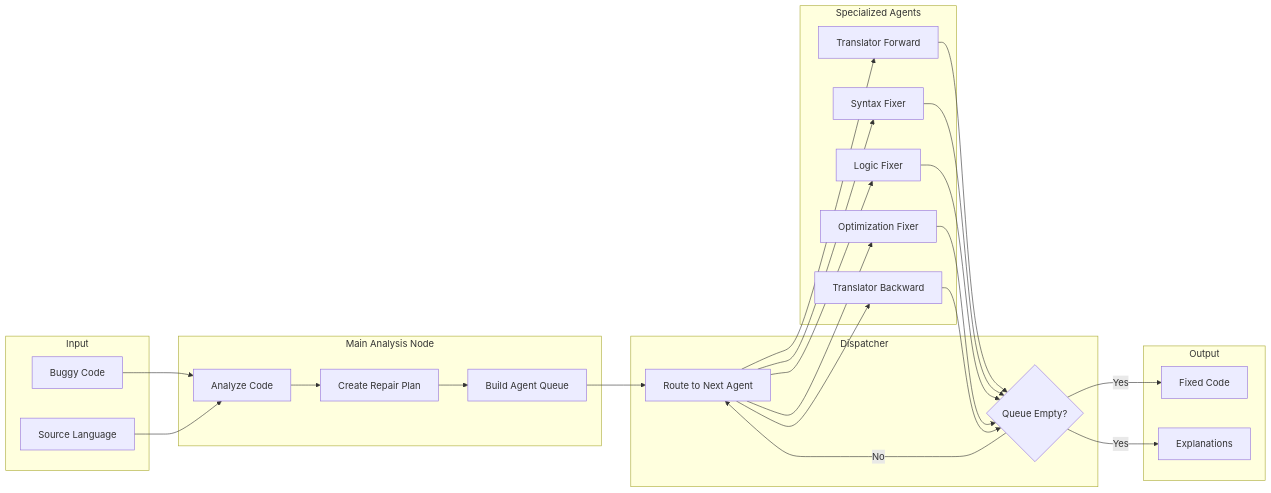
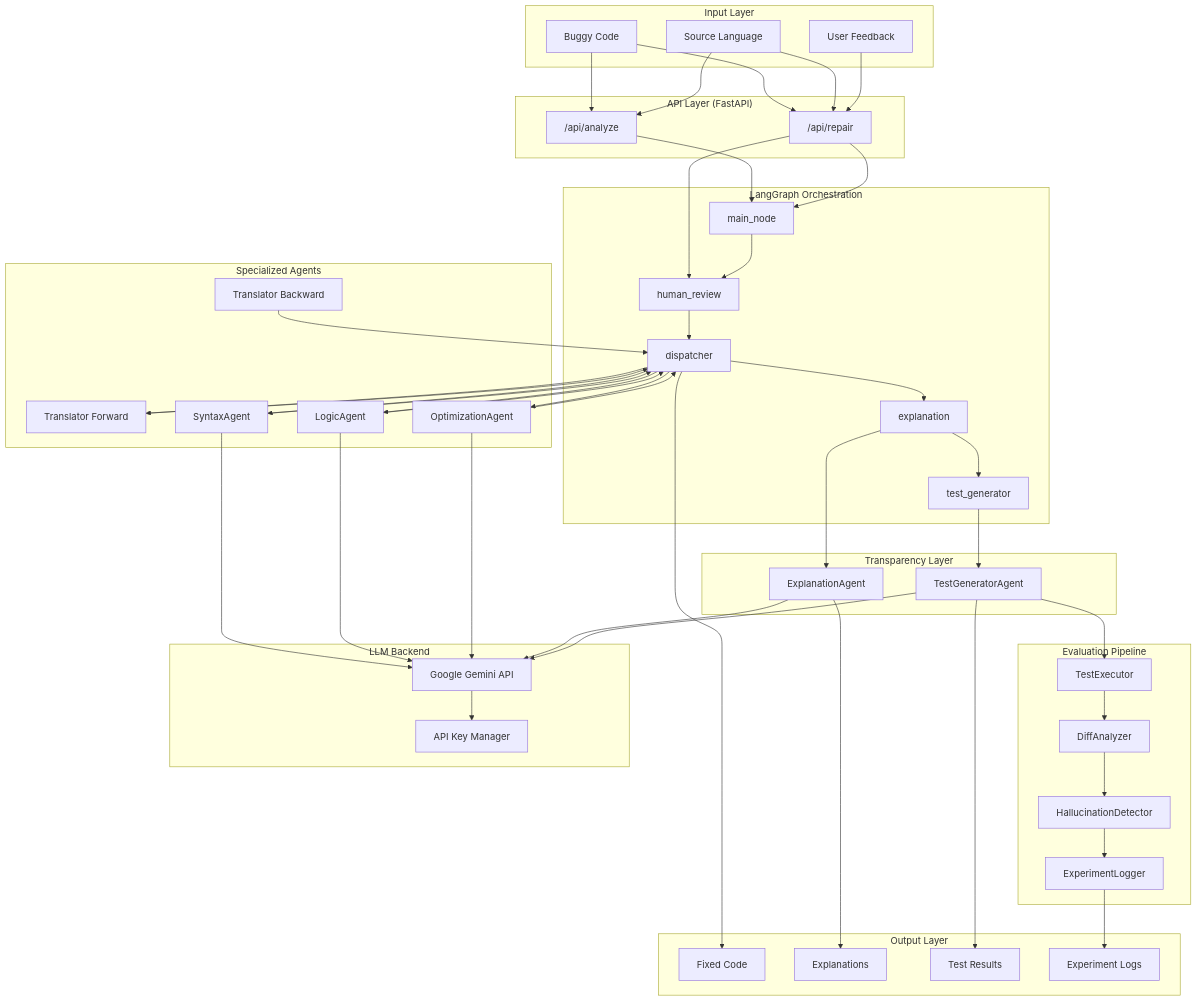
The fifth of 9 diagrams in METHODOLOGY.md (omaryasser3/Ai-Project), drawn with Mermaid before and after one commit. The commit also changed other lines of this file, not shown here.

First line of the commit message:
Revise METHODOLOGY.md to document current multi-agent system architecture

````diff
--- a/METHODOLOGY.md
+++ b/METHODOLOGY.md
@@ -120,53 +220,100 @@
 ```mermaid
-flowchart LR
-    subgraph Input
+flowchart TB
+    subgraph Input["Input Layer"]
         CODE[Buggy Code]
         LANG[Source Language]
+        FEEDBACK[User Feedback]
     end
     
-    subgraph MainNode["Main Analysis Node"]
-        ANALYZE[Analyze Code]
-        PLAN[Create Repair Plan]
-        QUEUE[Build Agent Queue]
+    subgraph API["API Layer (FastAPI)"]
+        ANALYZE_EP["/api/analyze"]
+        REPAIR_EP["/api/repair"]
     end
     
-    subgraph Dispatcher
-        ROUTE[Route to Next Agent]
-        CHECK{Queue Empty?}
+    subgraph Orchestration["LangGraph Orchestration"]
+        MAIN[main_node]
+        HUMAN[human_review]
+        DISPATCH[dispatcher]
+        EXPLAIN[explanation]
+        TEST_GEN[test_generator]
     end
     
     subgraph Agents["Specialized Agents"]
         TRANS_FWD[Translator Forward]
-        SYNTAX[Syntax Fixer]
-        LOGIC[Logic Fixer]
-        OPTIM[Optimization Fixer]
+        SYNTAX[SyntaxAgent]
+        LOGIC[LogicAgent]
+        OPTIM[OptimizationAgent]
         TRANS_BWD[Translator Backward]
     end
     
-    subgraph Output
-        FIXED[Fixed Code]
-        EXPLAIN[Explanations]
+    subgraph Transparency["Transparency Layer"]
+        EXPLAIN_AGENT[ExplanationAgent]
+        TEST_AGENT[TestGeneratorAgent]
     end
     
-    CODE --> ANALYZE
-    LANG --> ANALYZE
-    ANALYZE --> PLAN
-    PLAN --> QUEUE
-    QUEUE --> ROUTE
+    subgraph Evaluation["Evaluation Pipeline"]
+        TEST_EXEC[TestExecutor]
+        DIFF[DiffAnalyzer]
+        HALLUC[HallucinationDetector]
+        LOGGER[ExperimentLogger]
+    end
     
-    ROUTE --> TRANS_FWD
-    ROUTE --> SYNTAX
-    ROUTE --> LOGIC
-    ROUTE --> OPTIM
-    ROUTE --> TRANS_BWD
+    subgraph LLM["LLM Backend"]
+        GEMINI[Google Gemini API]
+        KEY_MGR[API Key Manager]
+    end
     
-    TRANS_FWD --> CHECK
-    SYNTAX --> CHECK
-    LOGIC --> CHECK
-    OPTIM --> CHECK
-    TRANS_BWD --> CHECK
+    subgraph Output["Output Layer"]
+        FIXED[Fixed Code]
+        EXPL[Explanations]
+        TESTS[Test Results]
+        LOGS[Experiment Logs]
+    end
     
-    CHECK -->|No| ROUTE
-    CHECK -->|Yes| FIXED
-    CHECK -->|Yes| EXPLAIN
+    CODE --> ANALYZE_EP
+    CODE --> REPAIR_EP
+    LANG --> ANALYZE_EP
+    LANG --> REPAIR_EP
+    FEEDBACK --> REPAIR_EP
+    
+    ANALYZE_EP --> MAIN
+    REPAIR_EP --> MAIN
+    REPAIR_EP --> HUMAN
+    
+    MAIN --> HUMAN
+    HUMAN --> DISPATCH
+    
+    DISPATCH --> TRANS_FWD
+    DISPATCH --> SYNTAX
+    DISPATCH --> LOGIC
+    DISPATCH --> OPTIM
+    DISPATCH --> EXPLAIN
+    
+    TRANS_FWD --> DISPATCH
+    SYNTAX --> DISPATCH
+    LOGIC --> DISPATCH
+    OPTIM --> DISPATCH
+    TRANS_BWD --> DISPATCH
+    
+    EXPLAIN --> EXPLAIN_AGENT
+    EXPLAIN --> TEST_GEN
+    TEST_GEN --> TEST_AGENT
+    
+    SYNTAX --> GEMINI
+    LOGIC --> GEMINI
+    OPTIM --> GEMINI
+    EXPLAIN_AGENT --> GEMINI
+    TEST_AGENT --> GEMINI
+    
+    GEMINI --> KEY_MGR
+    
+    TEST_AGENT --> TEST_EXEC
+    TEST_EXEC --> DIFF
+    DIFF --> HALLUC
+    HALLUC --> LOGGER
+    
+    EXPLAIN_AGENT --> EXPL
+    TEST_AGENT --> TESTS
+    DISPATCH --> FIXED
+    LOGGER --> LOGS
 ```
````
